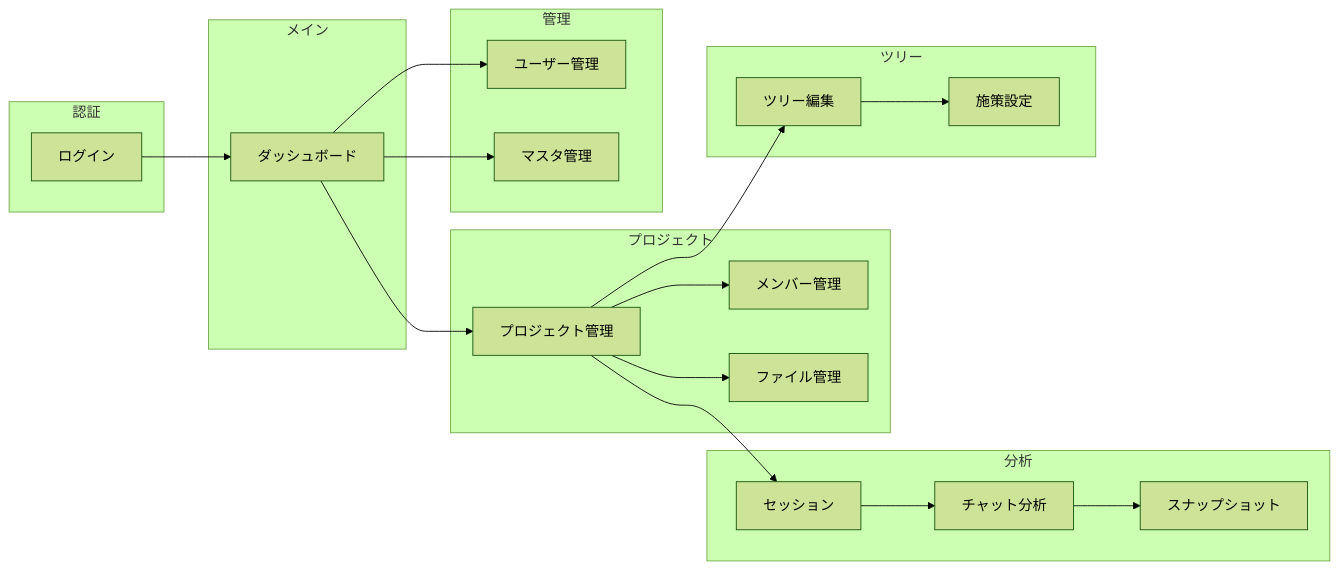
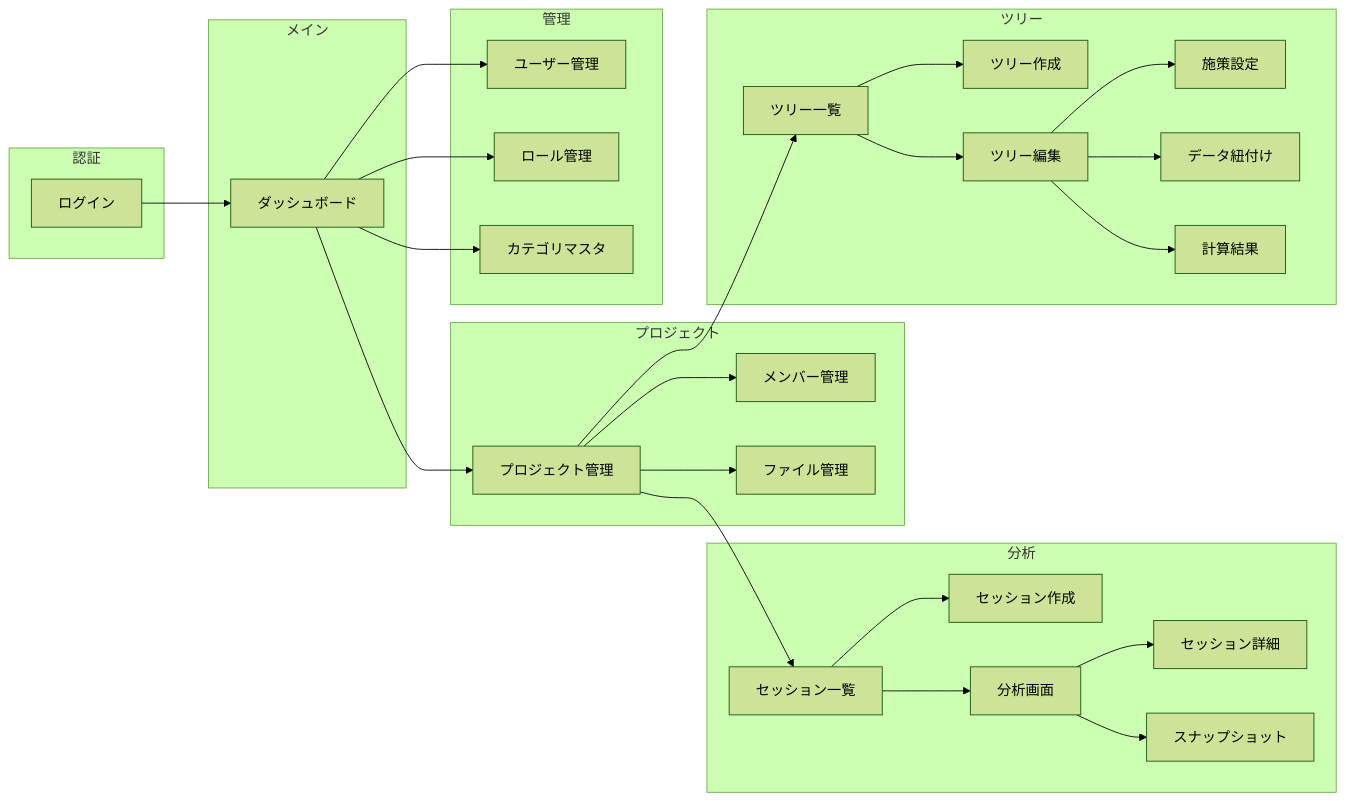
One commit to nomura-koshiro/genai-app-docs changed the sixth of 6 diagrams in docs/specifications/02-screen-transition/01-screen-transition.md. Above: the diagram before and after it, drawn with Mermaid (forest theme). The commit also changed other lines of this file and 29 other files, not shown here.

```diff
--- a/docs/specifications/02-screen-transition/01-screen-transition.md
+++ b/docs/specifications/02-screen-transition/01-screen-transition.md
@@ -257,44 +279,58 @@
 ::: mermaid
 graph LR
     subgraph 認証
         LOGIN[ログイン]
     end
 
     subgraph メイン
         DASH[ダッシュボード]
     end
 
     subgraph プロジェクト
         PROJ[プロジェクト管理]
         MEMBER[メンバー管理]
         FILE[ファイル管理]
     end
 
     subgraph 分析
-        SESSION[セッション]
-        CHAT[チャット分析]
+        SESSION[セッション一覧]
+        SNEW[セッション作成]
+        ANALYSIS[分析画面]
+        SDETAIL[セッション詳細]
         SNAP[スナップショット]
     end
 
     subgraph ツリー
-        TREE[ツリー編集]
+        TREE[ツリー一覧]
+        TNEW[ツリー作成]
+        TEDIT[ツリー編集]
         POLICY[施策設定]
+        DATA[データ紐付け]
+        RESULT[計算結果]
     end
 
     subgraph 管理
         USER[ユーザー管理]
-        MASTER[マスタ管理]
+        ROLE[ロール管理]
+        MASTER[カテゴリマスタ]
     end
 
     LOGIN --> DASH
     DASH --> PROJ
     PROJ --> MEMBER
     PROJ --> FILE
     PROJ --> SESSION
-    SESSION --> CHAT
-    CHAT --> SNAP
+    SESSION --> SNEW
+    SESSION --> ANALYSIS
+    ANALYSIS --> SDETAIL
+    ANALYSIS --> SNAP
     PROJ --> TREE
-    TREE --> POLICY
+    TREE --> TNEW
+    TREE --> TEDIT
+    TEDIT --> POLICY
+    TEDIT --> DATA
+    TEDIT --> RESULT
     DASH --> USER
+    DASH --> ROLE
     DASH --> MASTER
 :::
```
